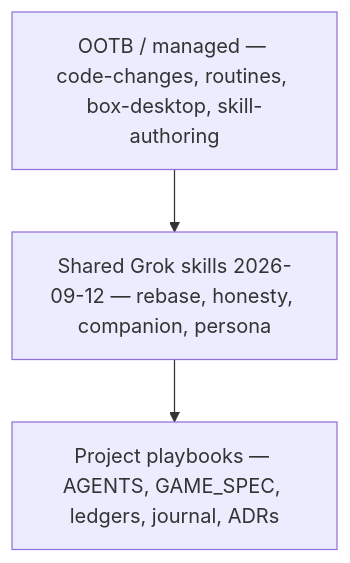
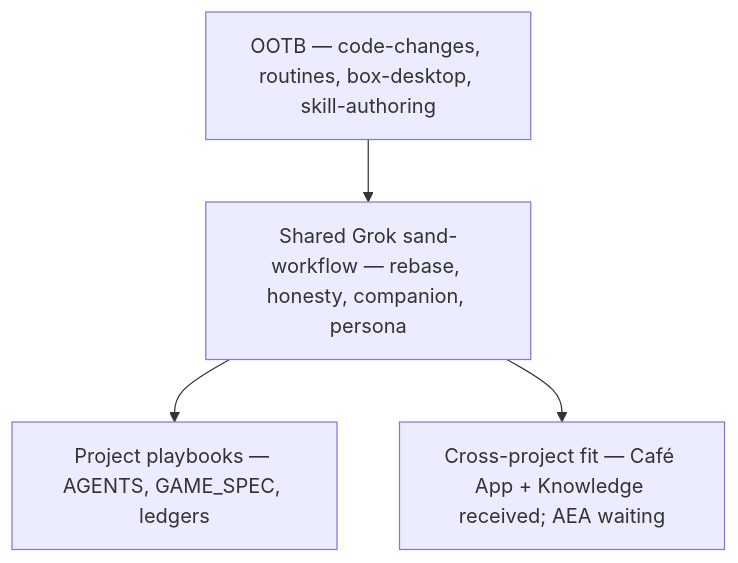
One commit to artofdream/zorg-dungeon changed the diagram in docs/SKILL_MATRIX.md. Above: the diagram before and after it, drawn with Mermaid. The commit also changed other lines of this file and 3 other files, not shown here.

````diff
--- a/docs/SKILL_MATRIX.md
+++ b/docs/SKILL_MATRIX.md
@@ -13,8 +13,10 @@
 ```mermaid
 flowchart TB
-  ootb["OOTB / managed — code-changes, routines, box-desktop, skill-authoring"]
-  shared["Shared Grok skills 2026-09-12 — rebase, honesty, companion, persona"]
-  playbooks["Project playbooks — AGENTS, GAME_SPEC, ledgers, journal, ADRs"]
+  ootb["OOTB — code-changes, routines, box-desktop, skill-authoring"]
+  shared["Shared Grok sand-workflow — rebase, honesty, companion, persona"]
+  playbooks["Project playbooks — AGENTS, GAME_SPEC, ledgers"]
+  fit["Cross-project fit — Café App + Knowledge received; AEA waiting"]
   ootb --> shared
   shared --> playbooks
+  shared --> fit
 ```
````
